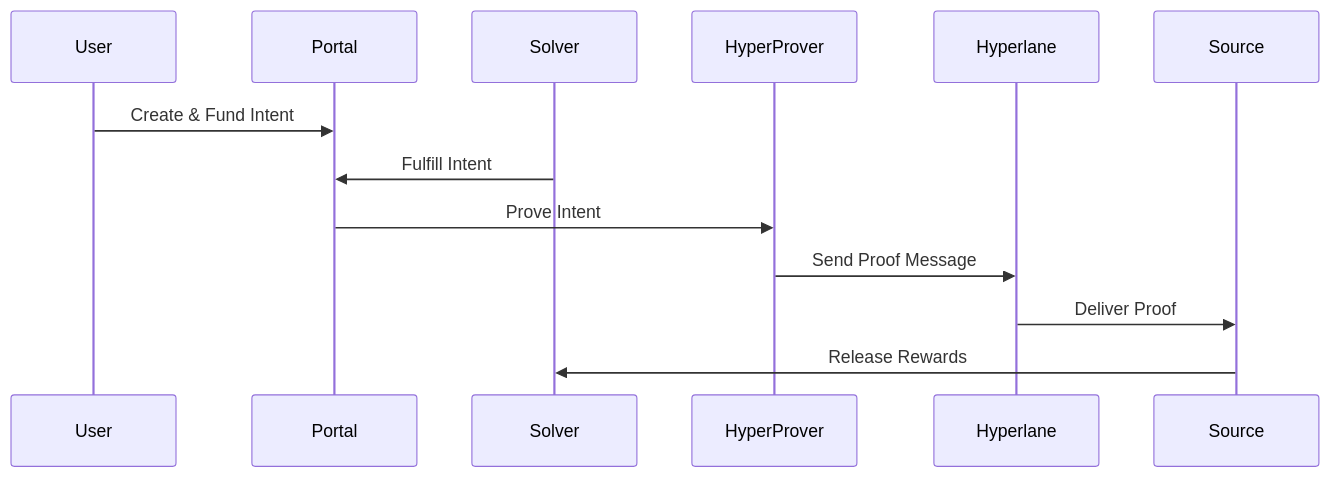
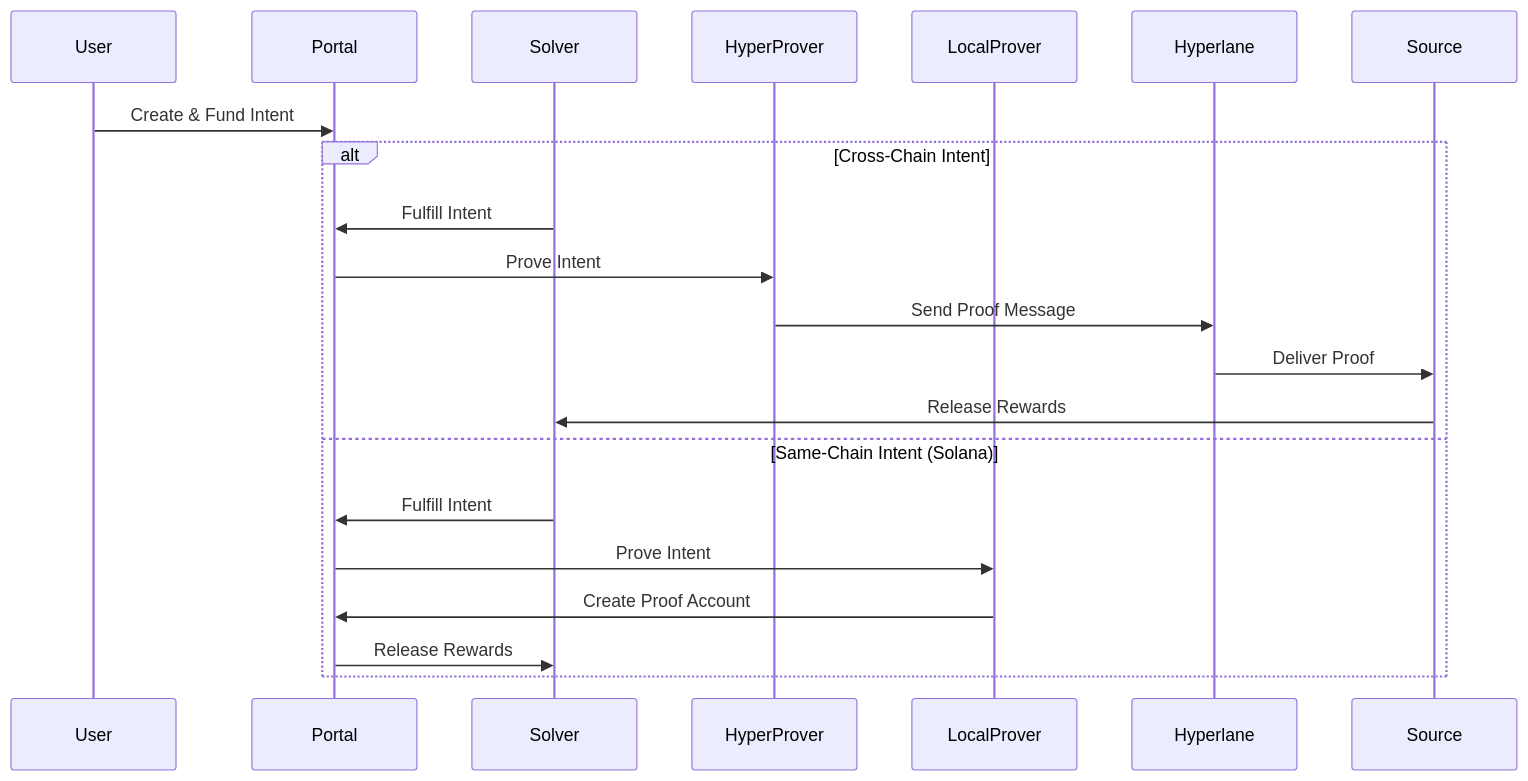
One commit to eco/eco-routes-svm changed the diagram in README.md. Above: the diagram before and after it, drawn with Mermaid. The commit also changed other lines of this file and 3 other files, not shown here.

````diff
--- a/README.md
+++ b/README.md
@@ -38,16 +46,25 @@
 ```mermaid
 sequenceDiagram
     participant User
     participant Portal
     participant Solver
     participant HyperProver
+    participant LocalProver
     participant Hyperlane
     participant Source
 
     User->>Portal: Create & Fund Intent
-    Solver->>Portal: Fulfill Intent
-    Portal->>HyperProver: Prove Intent
-    HyperProver->>Hyperlane: Send Proof Message
-    Hyperlane->>Source: Deliver Proof
-    Source->>Solver: Release Rewards
+    
+    alt Cross-Chain Intent
+        Solver->>Portal: Fulfill Intent
+        Portal->>HyperProver: Prove Intent
+        HyperProver->>Hyperlane: Send Proof Message
+        Hyperlane->>Source: Deliver Proof
+        Source->>Solver: Release Rewards
+    else Same-Chain Intent (Solana)
+        Solver->>Portal: Fulfill Intent
+        Portal->>LocalProver: Prove Intent
+        LocalProver->>Portal: Create Proof Account
+        Portal->>Solver: Release Rewards
+    end
 ```
````
